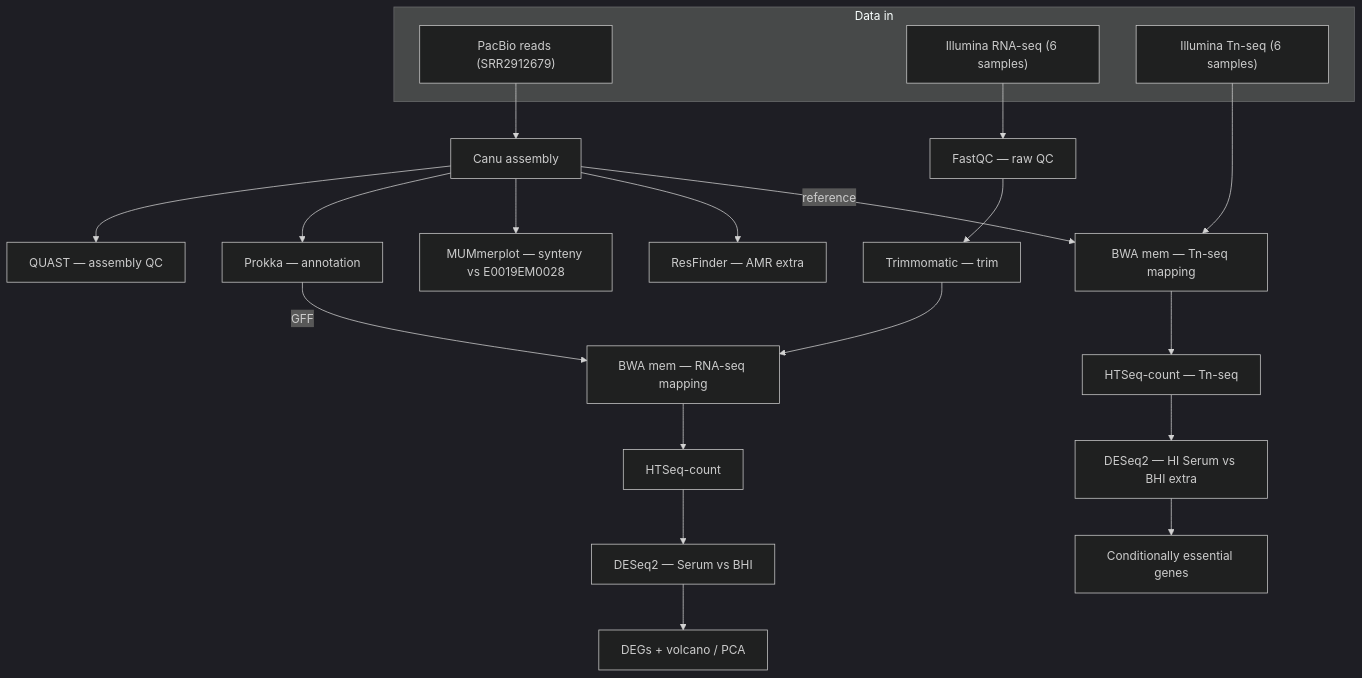
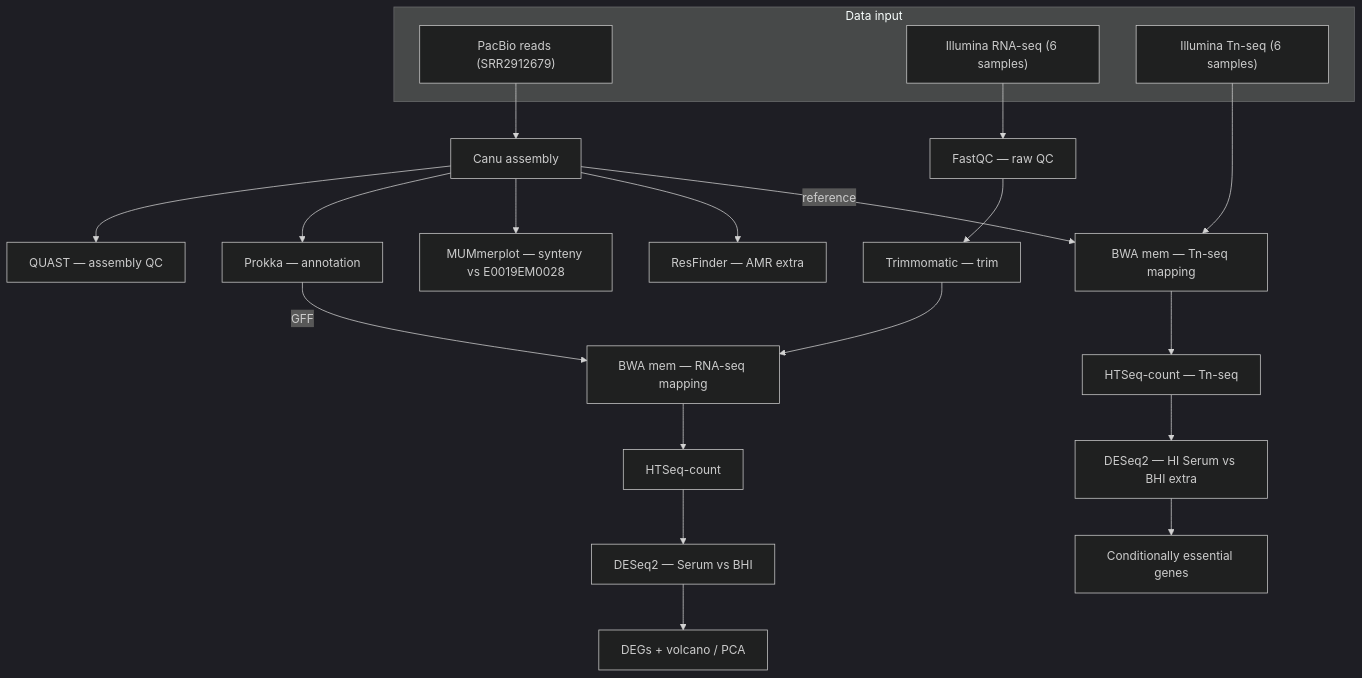
One commit to Jorge-G-P/Genome_Analysis_26 changed the diagram in wiki.md. Above: the diagram before and after it, drawn with Mermaid (dark theme). The commit also changed 3 other files, not shown here.

````diff
--- a/wiki.md
+++ b/wiki.md
@@ -114,29 +114,29 @@
 ```mermaid
 flowchart TD
-  subgraph input["Data in"]
+  subgraph input["Data input"]
     PB["PacBio reads (SRR2912679)"]
     IL["Illumina RNA-seq (6 samples)"]
     TN["Illumina Tn-seq (6 samples)"]
   end
 
   PB --> CANU["Canu assembly"]
   CANU --> QUAST["QUAST — assembly QC"]
   CANU --> PROKKA["Prokka — annotation"]
   CANU --> MUMMER["MUMmerplot — synteny vs E0019EM0028"]
 
   IL --> FASTQC["FastQC — raw QC"]
   FASTQC --> TRIM["Trimmomatic — trim"]
   TRIM --> BWA["BWA mem — RNA-seq mapping"]
   PROKKA -->|"GFF"| BWA
   BWA --> HTSEQ["HTSeq-count"]
   HTSEQ --> DESEQ["DESeq2 — Serum vs BHI"]
   DESEQ --> OUT1["DEGs + volcano / PCA"]
 
   CANU --> RESFINDER["ResFinder — AMR extra"]
 
   TN --> TNBWA["BWA mem — Tn-seq mapping"]
   CANU -->|"reference"| TNBWA
   TNBWA --> TNHTSEQ["HTSeq-count — Tn-seq"]
   TNHTSEQ --> TNDESEQ["DESeq2 — HI Serum vs BHI extra"]
   TNDESEQ --> OUT2["Conditionally essential genes"]
 ```
````
